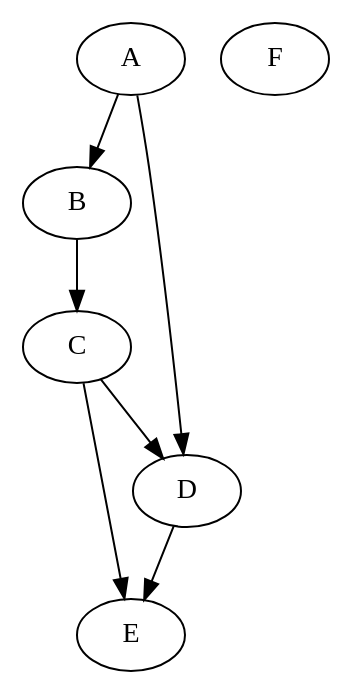
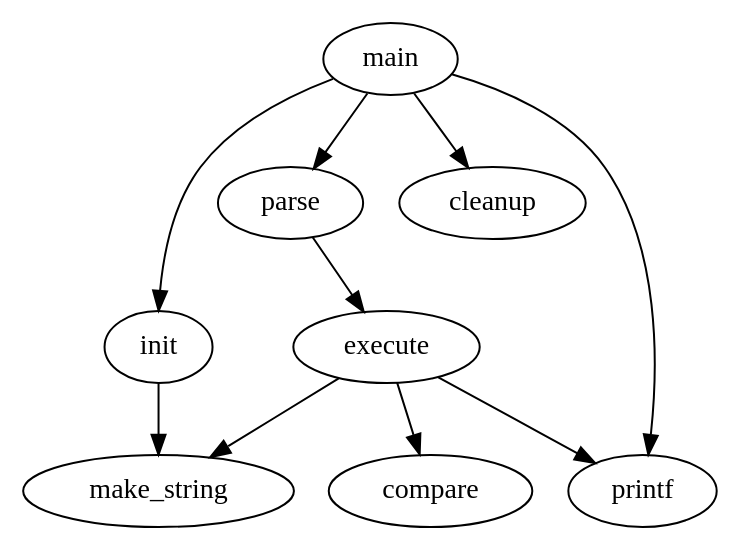
The diagram in inputs/graph1.dot (vudala/topological-sorting), drawn with Graphviz before and after one commit. The commit also changed 5 other files, not shown here.

```diff
--- a/inputs/graph1.dot
+++ b/inputs/graph1.dot
@@ -1,9 +1,10 @@
 digraph G {
-  A -> B;
-  A -> D;
-  B -> C;
-  D -> E;
-  C -> D;
-  C -> E;
-  F;
+  main -> parse -> execute;
+  main -> init;
+  main -> cleanup;
+  execute -> make_string;		
+  execute -> printf
+  init -> make_string;
+  main -> printf;
+  execute -> compare;
 }
```
